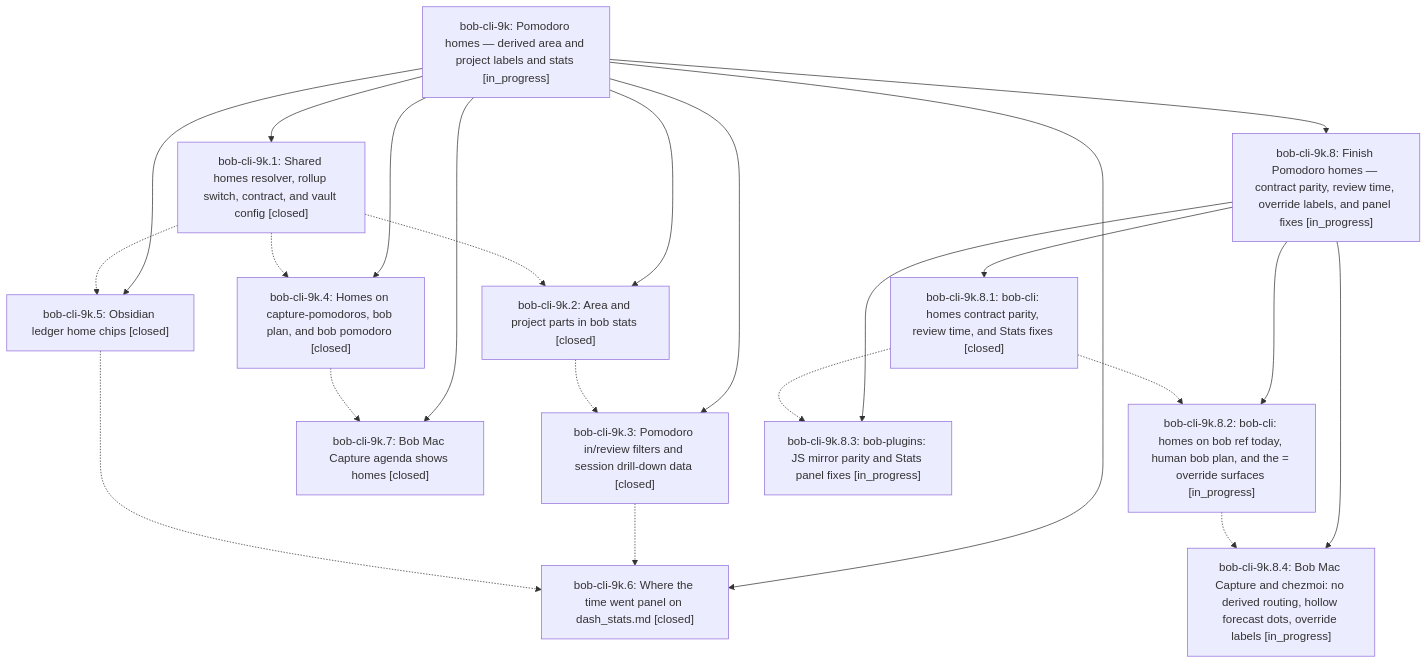
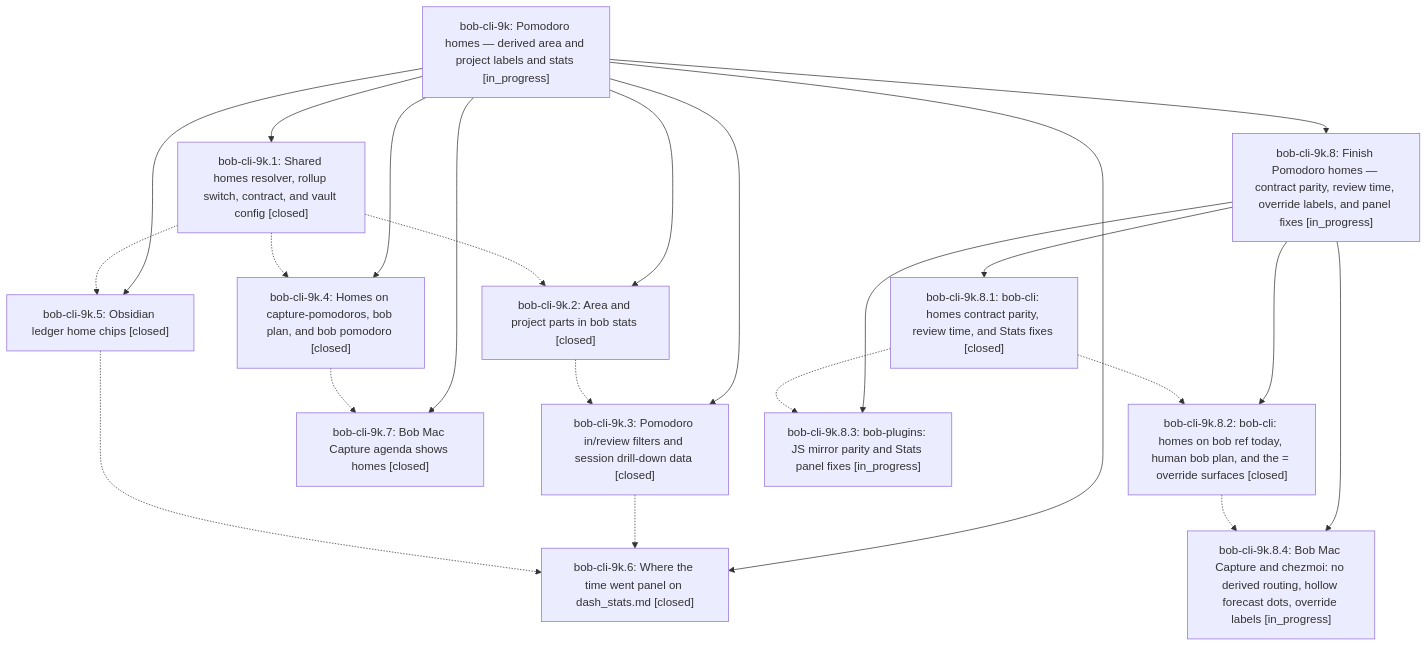
The diagram in pages/bob-cli-9k/README.md (bobs-org/bob-cli--beads), drawn with Mermaid before and after one commit. The commit also changed other lines of this file and 3 other files, not shown here.

First line of the commit message:
chore(beads): sync bead state and pages for bob-cli-9k

````diff
--- a/pages/bob-cli-9k/README.md
+++ b/pages/bob-cli-9k/README.md
@@ -48,38 +48,38 @@
 ```mermaid
 flowchart TD
     n0["bob-cli-9k: Pomodoro homes — derived area and project labels and stats [in_progress]"]
     n1["bob-cli-9k.1: Shared homes resolver, rollup switch, contract, and vault config [closed]"]
     n2["bob-cli-9k.2: Area and project parts in bob stats [closed]"]
     n3["bob-cli-9k.3: Pomodoro in/review filters and session drill-down data [closed]"]
     n4["bob-cli-9k.4: Homes on capture-pomodoros, bob plan, and bob pomodoro [closed]"]
     n5["bob-cli-9k.5: Obsidian ledger home chips [closed]"]
     n6["bob-cli-9k.6: Where the time went panel on dash_stats.md [closed]"]
     n7["bob-cli-9k.7: Bob Mac Capture agenda shows homes [closed]"]
     n8["bob-cli-9k.8: Finish Pomodoro homes — contract parity, review time, override labels, and panel fixes [in_progress]"]
     n9["bob-cli-9k.8.1: bob-cli: homes contract parity, review time, and Stats fixes [closed]"]
-    n10["bob-cli-9k.8.2: bob-cli: homes on bob ref today, human bob plan, and the = override surfaces [in_progress]"]
+    n10["bob-cli-9k.8.2: bob-cli: homes on bob ref today, human bob plan, and the = override surfaces [closed]"]
     n11["bob-cli-9k.8.3: bob-plugins: JS mirror parity and Stats panel fixes [in_progress]"]
     n12["bob-cli-9k.8.4: Bob Mac Capture and chezmoi: no derived routing, hollow forecast dots, override labels [in_progress]"]
     n0 --> n1
     n0 --> n2
     n0 --> n3
     n0 --> n4
     n0 --> n5
     n0 --> n6
     n0 --> n7
     n0 --> n8
     n8 --> n9
     n8 --> n10
     n8 --> n11
     n8 --> n12
     n1 -.-> n2
     n1 -.-> n4
     n1 -.-> n5
     n2 -.-> n3
     n3 -.-> n6
     n4 -.-> n7
     n5 -.-> n6
     n9 -.-> n10
     n9 -.-> n11
     n10 -.-> n12
 ```
````
